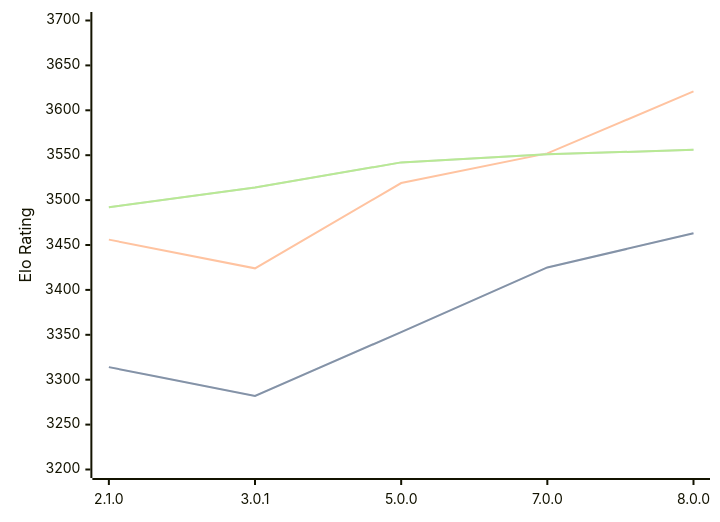
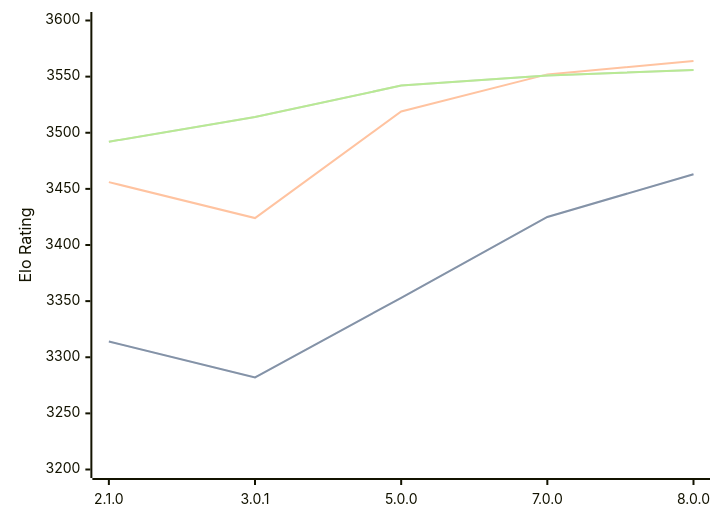
The first of 3 diagrams in engines/PlentyChess.md (computer-chess-index/cci), drawn with Mermaid before and after one commit. The commit also changed other lines of this file, not shown here.

Commit message:
Update CCI Ratings (ELO VLTC) - 2026-07-07

````diff
--- a/engines/PlentyChess.md
+++ b/engines/PlentyChess.md
@@ -46,11 +46,11 @@
 ```mermaid
 %%{init: {"theme":"base","themeVariables":{"seriesColors:['#a3a3a3','#222221','#faa371']}}}%%
 xychart-beta
   x-axis ["2.1.0", "3.0.1", "5.0.0", "7.0.0", "8.0.0"]
-  y-axis "Elo Rating" 3200 --> 3700
+  y-axis "Elo Rating" 3200 --> 3600
   line "STC (8.0+0.08s)" [3314, 3282, 3353, 3425, 3463]
   line "STC (8.0+0.08s)" [3314, 3282, 3353, 3425, 3463]
-  line "LTC (60.0+0.60s)" [3456, 3424, 3519, 3552, 3621]
+  line "LTC (60.0+0.60s)" [3456, 3424, 3519, 3552, 3564]
   line "VLTC (2m24s+1.12s)" [3492, 3514, 3542, 3551, 3556]
   line "VLTC (2m24s+1.12s)" [3492, 3514, 3542, 3551, 3556]
 ```
````
